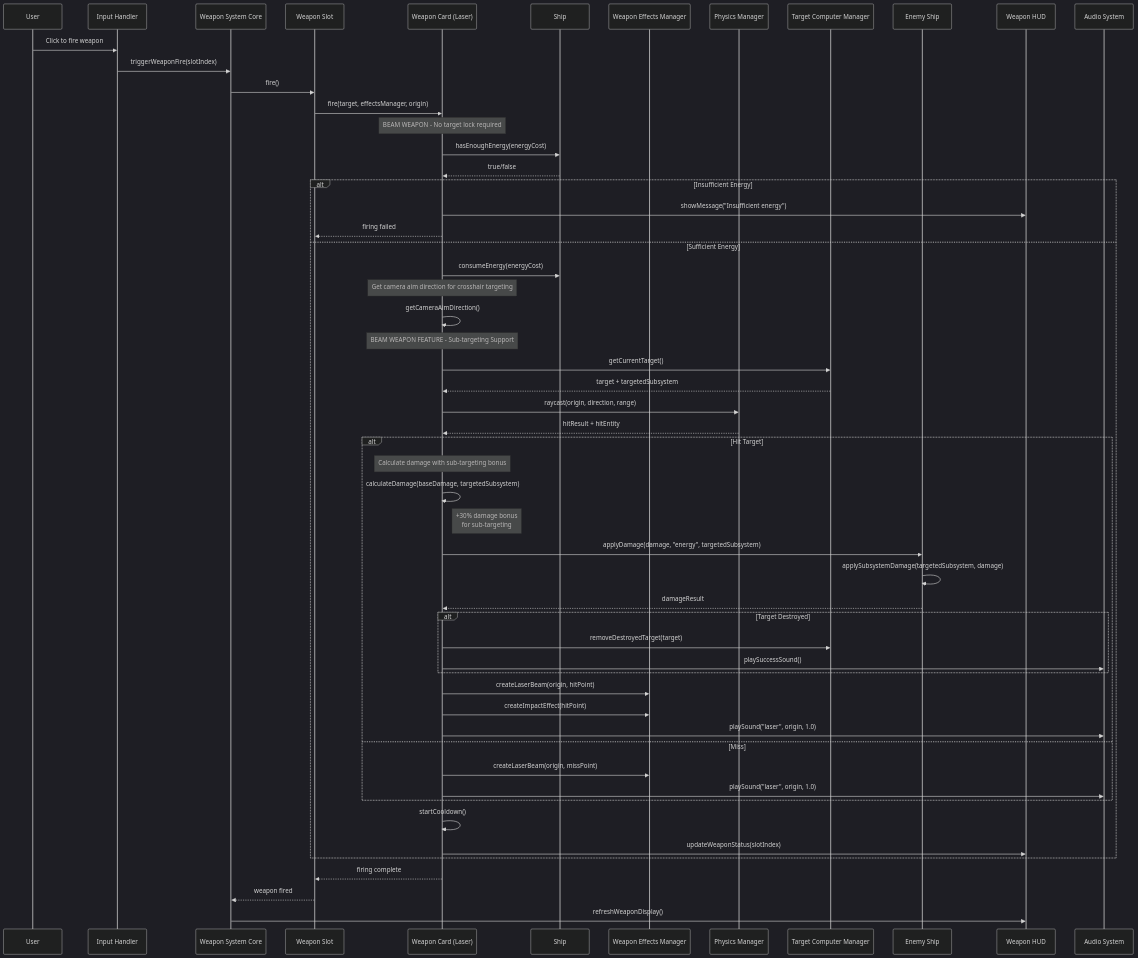
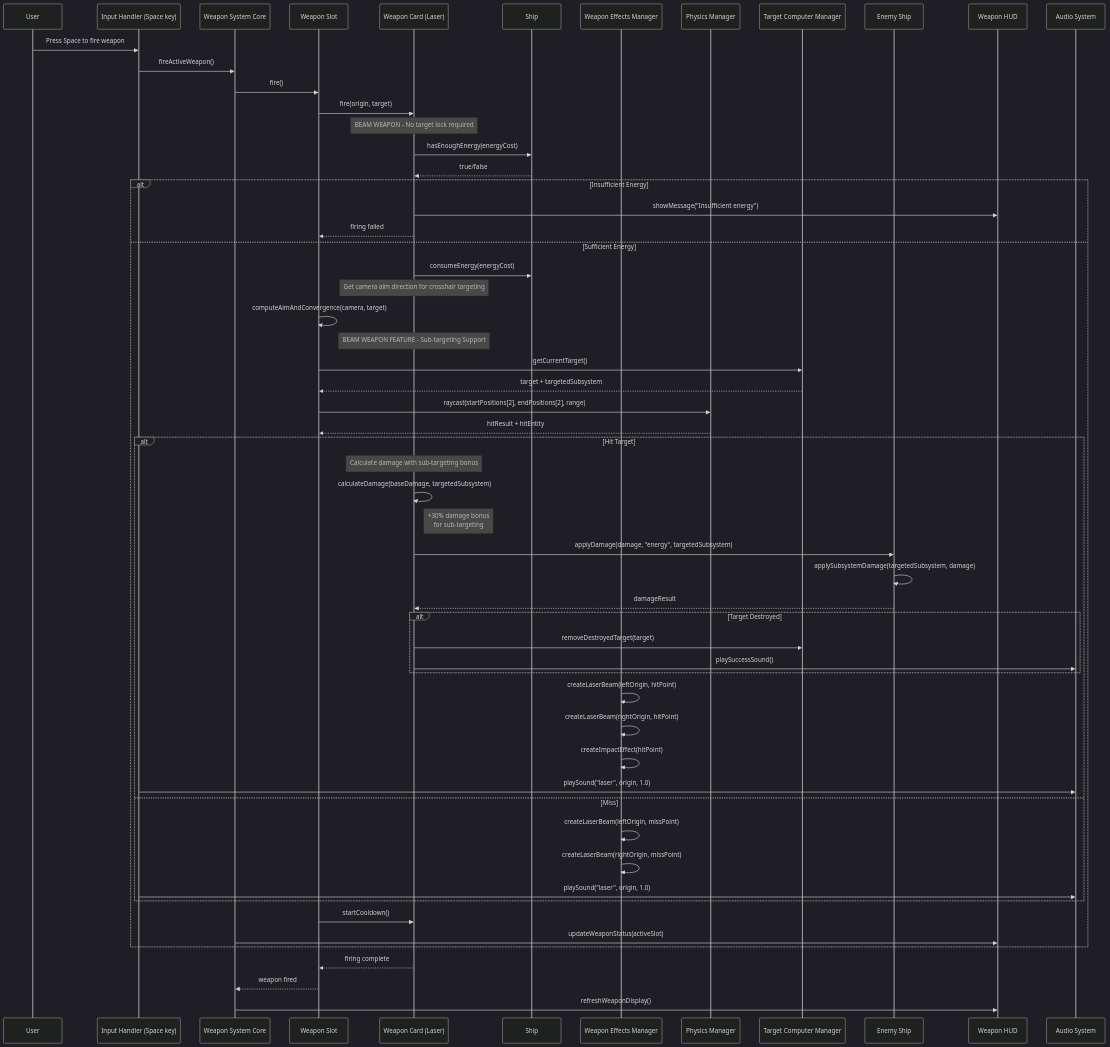
The diagram in docs/laser_weapon_sequence_diagram.md (thoracle/planetz), drawn with Mermaid (dark theme) before and after one commit. The commit also changed 14 other files, not shown here.

Commit message:
chore: checkpoint before weapon firing refactor; fix docs generation accuracy; laser raycast filters and WebGL resize fixes

````diff
--- a/docs/laser_weapon_sequence_diagram.md
+++ b/docs/laser_weapon_sequence_diagram.md
@@ -5,72 +5,74 @@
 ```mermaid
 sequenceDiagram
     participant User
-    participant InputHandler as Input Handler
+    participant StarfieldManager as Input Handler (Space key)
     participant WeaponSystemCore as Weapon System Core
     participant WeaponSlot as Weapon Slot
     participant WeaponCard as Weapon Card (Laser)
     participant Ship as Ship
     participant WeaponEffectsManager as Weapon Effects Manager
     participant PhysicsManager as Physics Manager
     participant TargetComputerManager as Target Computer Manager
     participant EnemyShip as Enemy Ship
     participant WeaponHUD as Weapon HUD
     participant AudioSystem as Audio System
 
-    User->>InputHandler: Click to fire weapon
-    InputHandler->>WeaponSystemCore: triggerWeaponFire(slotIndex)
+    User->>StarfieldManager: Press Space to fire weapon
+    StarfieldManager->>WeaponSystemCore: fireActiveWeapon()
     WeaponSystemCore->>WeaponSlot: fire()
     
-    WeaponSlot->>WeaponCard: fire(target, effectsManager, origin)
+    WeaponSlot->>WeaponCard: fire(origin, target)
     
     Note over WeaponCard: BEAM WEAPON - No target lock required
     WeaponCard->>Ship: hasEnoughEnergy(energyCost)
     Ship-->>WeaponCard: true/false
     
     alt Insufficient Energy
         WeaponCard->>WeaponHUD: showMessage("Insufficient energy")
         WeaponCard-->>WeaponSlot: firing failed
     else Sufficient Energy
         WeaponCard->>Ship: consumeEnergy(energyCost)
         
         Note over WeaponCard: Get camera aim direction for crosshair targeting
-        WeaponCard->>WeaponCard: getCameraAimDirection()
+        WeaponSlot->>WeaponSlot: computeAimAndConvergence(camera, target)
         
         Note over WeaponCard: BEAM WEAPON FEATURE - Sub-targeting Support
-        WeaponCard->>TargetComputerManager: getCurrentTarget()
-        TargetComputerManager-->>WeaponCard: target + targetedSubsystem
+        WeaponSlot->>TargetComputerManager: getCurrentTarget()
+        TargetComputerManager-->>WeaponSlot: target + targetedSubsystem
         
-        WeaponCard->>PhysicsManager: raycast(origin, direction, range)
-        PhysicsManager-->>WeaponCard: hitResult + hitEntity
+        WeaponSlot->>PhysicsManager: raycast(startPositions[2], endPositions[2], range)
+        PhysicsManager-->>WeaponSlot: hitResult + hitEntity
         
         alt Hit Target
             Note over WeaponCard: Calculate damage with sub-targeting bonus
             WeaponCard->>WeaponCard: calculateDamage(baseDamage, targetedSubsystem)
             Note right of WeaponCard: +30% damage bonus<br/>for sub-targeting
             
             WeaponCard->>EnemyShip: applyDamage(damage, "energy", targetedSubsystem)
             EnemyShip->>EnemyShip: applySubsystemDamage(targetedSubsystem, damage)
             EnemyShip-->>WeaponCard: damageResult
             
             alt Target Destroyed
                 WeaponCard->>TargetComputerManager: removeDestroyedTarget(target)
                 WeaponCard->>AudioSystem: playSuccessSound()
             end
             
-            WeaponCard->>WeaponEffectsManager: createLaserBeam(origin, hitPoint)
-            WeaponCard->>WeaponEffectsManager: createImpactEffect(hitPoint)
-            WeaponCard->>AudioSystem: playSound("laser", origin, 1.0)
+            WeaponEffectsManager->>WeaponEffectsManager: createLaserBeam(leftOrigin, hitPoint)
+            WeaponEffectsManager->>WeaponEffectsManager: createLaserBeam(rightOrigin, hitPoint)
+            WeaponEffectsManager->>WeaponEffectsManager: createImpactEffect(hitPoint)
+            StarfieldManager->>AudioSystem: playSound("laser", origin, 1.0)
             
         else Miss
-            WeaponCard->>WeaponEffectsManager: createLaserBeam(origin, missPoint)
-            WeaponCard->>AudioSystem: playSound("laser", origin, 1.0)
+            WeaponEffectsManager->>WeaponEffectsManager: createLaserBeam(leftOrigin, missPoint)
+            WeaponEffectsManager->>WeaponEffectsManager: createLaserBeam(rightOrigin, missPoint)
+            StarfieldManager->>AudioSystem: playSound("laser", origin, 1.0)
         end
         
-        WeaponCard->>WeaponCard: startCooldown()
-        WeaponCard->>WeaponHUD: updateWeaponStatus(slotIndex)
+        WeaponSlot->>WeaponCard: startCooldown()
+        WeaponSystemCore->>WeaponHUD: updateWeaponStatus(activeSlot)
     end
     
     WeaponCard-->>WeaponSlot: firing complete
     WeaponSlot-->>WeaponSystemCore: weapon fired
     WeaponSystemCore->>WeaponHUD: refreshWeaponDisplay()
 ```
````
